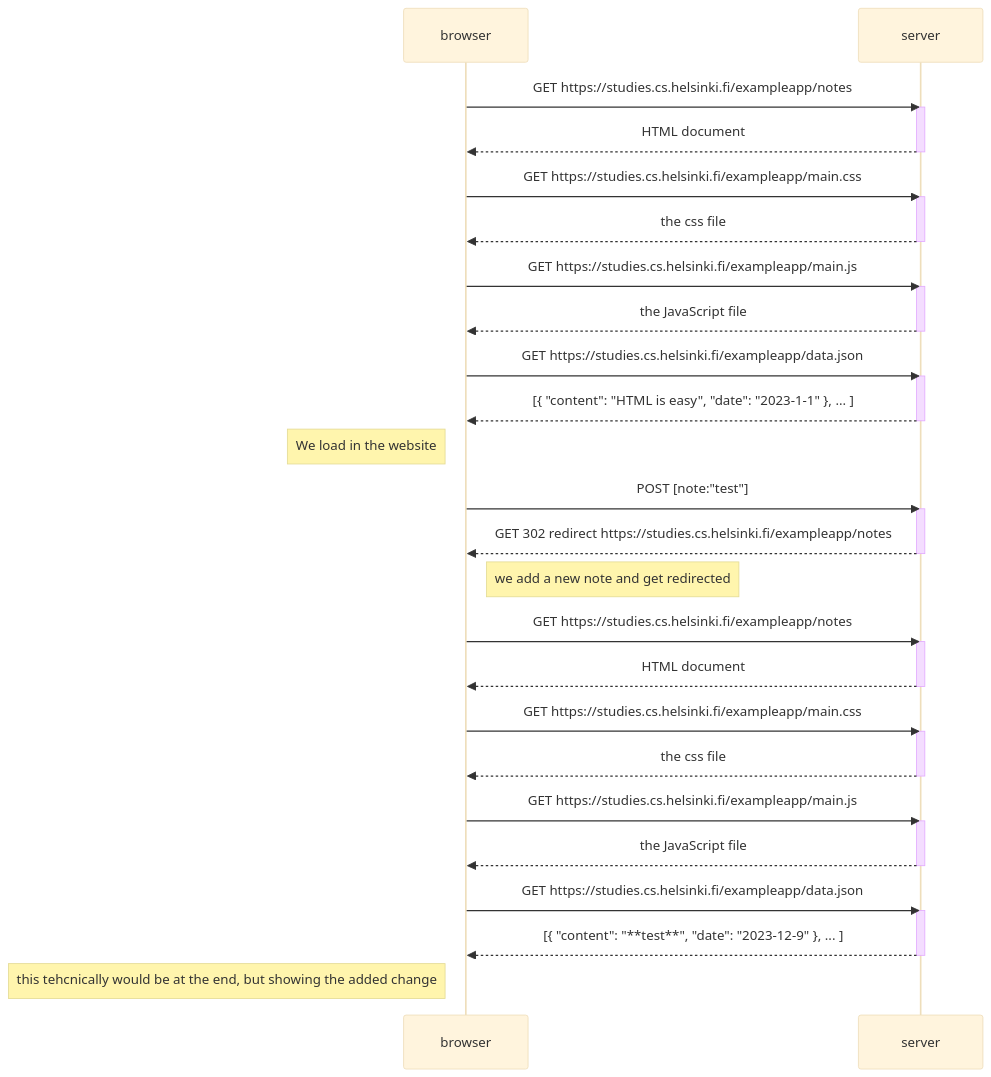
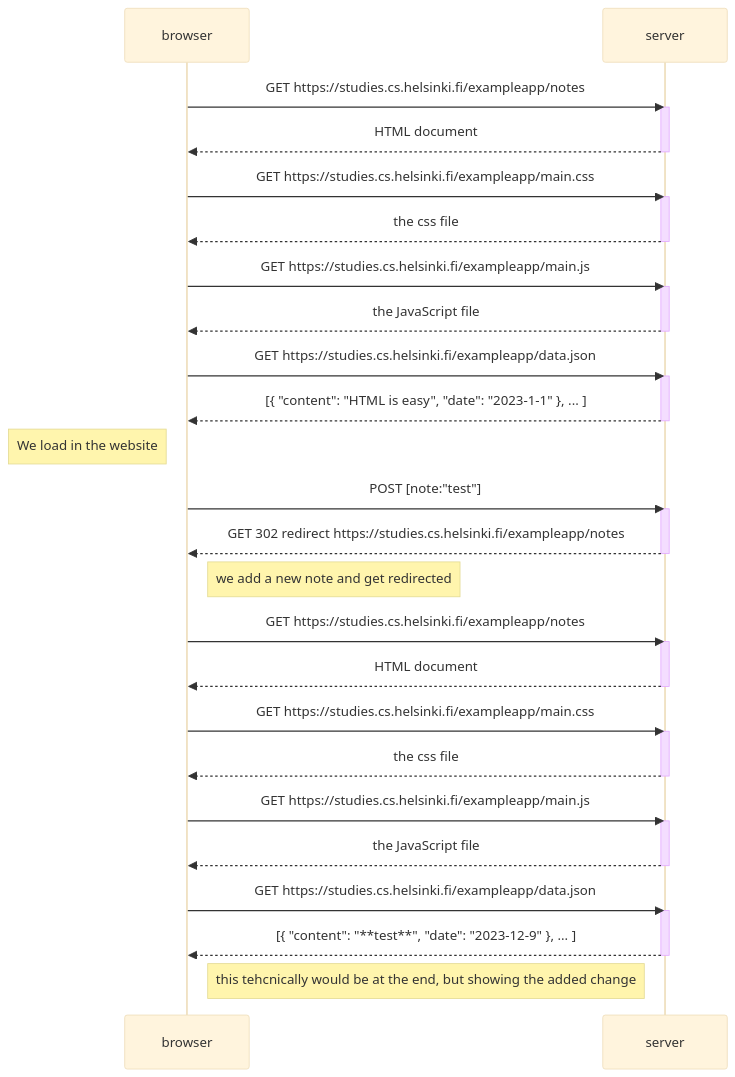
One commit to butch500200/Fullstack_part0 changed the diagram in diagram.md. Above: the diagram before and after it, drawn with Mermaid (base theme).

Commit message:
changedlef to right

````diff
--- a/diagram.md
+++ b/diagram.md
@@ -1,59 +1,59 @@
 ```mermaid
 sequenceDiagram
     participant browser
     participant server
 
 
 
     browser->>server: GET https://studies.cs.helsinki.fi/exampleapp/notes
     activate server
     server-->>browser: HTML document
     deactivate server
 
     browser->>server: GET https://studies.cs.helsinki.fi/exampleapp/main.css
     activate server
     server-->>browser: the css file
     deactivate server
 
     browser->>server: GET https://studies.cs.helsinki.fi/exampleapp/main.js
     activate server
     server-->>browser: the JavaScript file
     deactivate server
 
     browser->>server: GET https://studies.cs.helsinki.fi/exampleapp/data.json
     activate server
     server-->>browser: [{ "content": "HTML is easy", "date": "2023-1-1" }, ... ]
     deactivate server
 
     Note left of browser: We load in the website
 
     browser->>server: POST [note:"test"]
     activate server
     server-->>browser: GET 302 redirect https://studies.cs.helsinki.fi/exampleapp/notes
     deactivate server
 
     Note right of browser: we add a new note and get redirected
 
     browser->>server: GET https://studies.cs.helsinki.fi/exampleapp/notes
     activate server
     server-->>browser: HTML document
     deactivate server
 
     browser->>server: GET https://studies.cs.helsinki.fi/exampleapp/main.css
     activate server
     server-->>browser: the css file
     deactivate server
 
     browser->>server: GET https://studies.cs.helsinki.fi/exampleapp/main.js
     activate server
     server-->>browser: the JavaScript file
     deactivate server
 
     browser->>server: GET https://studies.cs.helsinki.fi/exampleapp/data.json
     activate server
     server-->>browser: [{ "content": "**test**", "date": "2023-12-9" }, ... ]
     deactivate server
 
-    Note left of browser: this tehcnically would be at the end, but showing the added change
+    Note right of browser: this tehcnically would be at the end, but showing the added change
 
 ```
````
